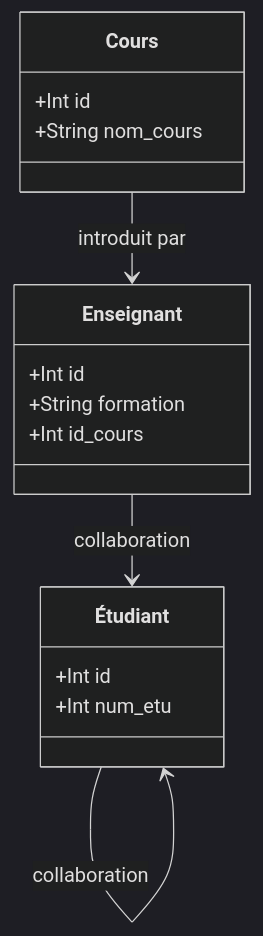
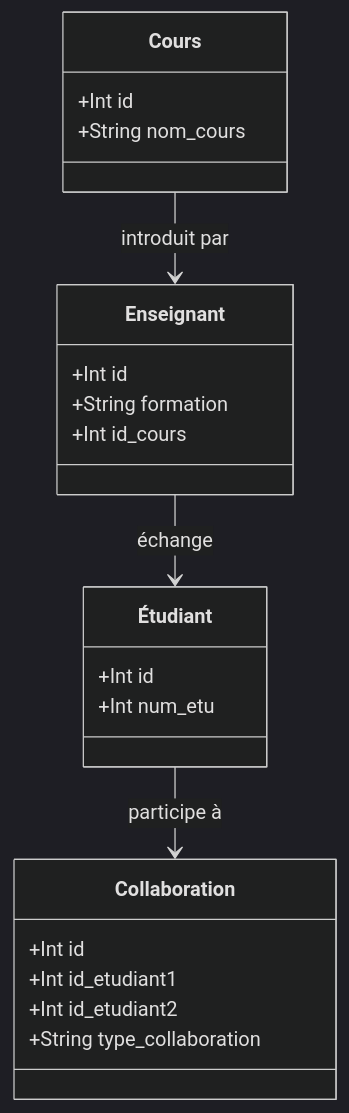
One commit to lmimouni-rim/EDUCATION changed the diagram in class.md. Above: the diagram before and after it, drawn with Mermaid (dark theme).

````diff
--- a/class.md
+++ b/class.md
@@ -1,21 +1,29 @@
 ```mermaid
 
 classDiagram
     
     class Étudiant
     Étudiant : +Int id
     Étudiant : +Int num_etu
 
     class Enseignant 
     Enseignant : +Int id
     Enseignant : +String formation 
     Enseignant : +Int id_cours
 
     class Cours
     Cours : +Int id
     Cours : +String nom_cours
 
+
+    class Collaboration 
+    Collaboration : +Int id
+    Collaboration : +Int id_etudiant1
+    Collaboration : +Int id_etudiant2
+    Collaboration : +String type_collaboration
+
+
     Cours --> Enseignant : introduit par 
-    Enseignant --> Étudiant : collaboration
-    Étudiant --> Étudiant : collaboration
+    Enseignant --> Étudiant : échange
+    Étudiant --> Collaboration  : participe à
 ```
````
